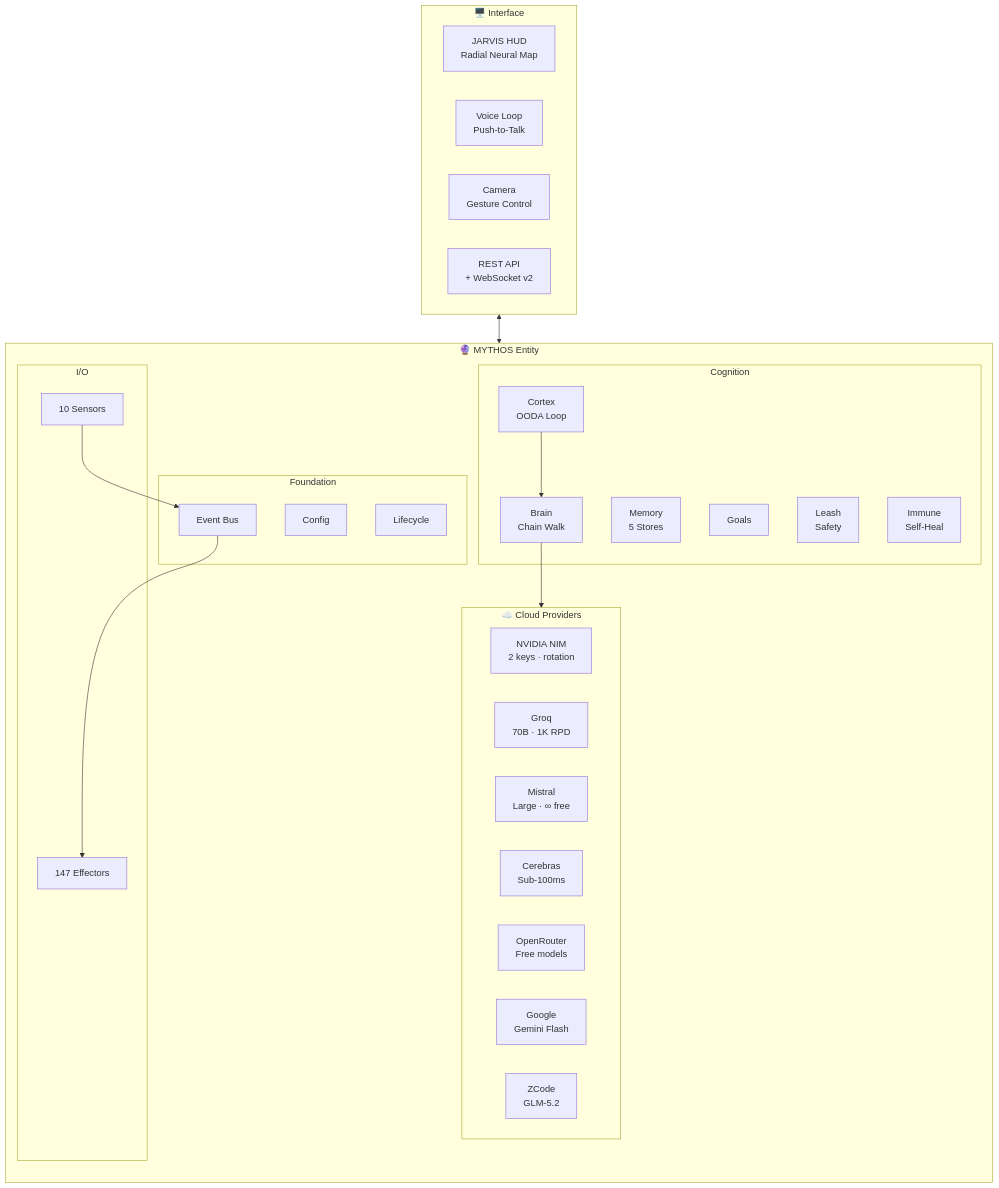
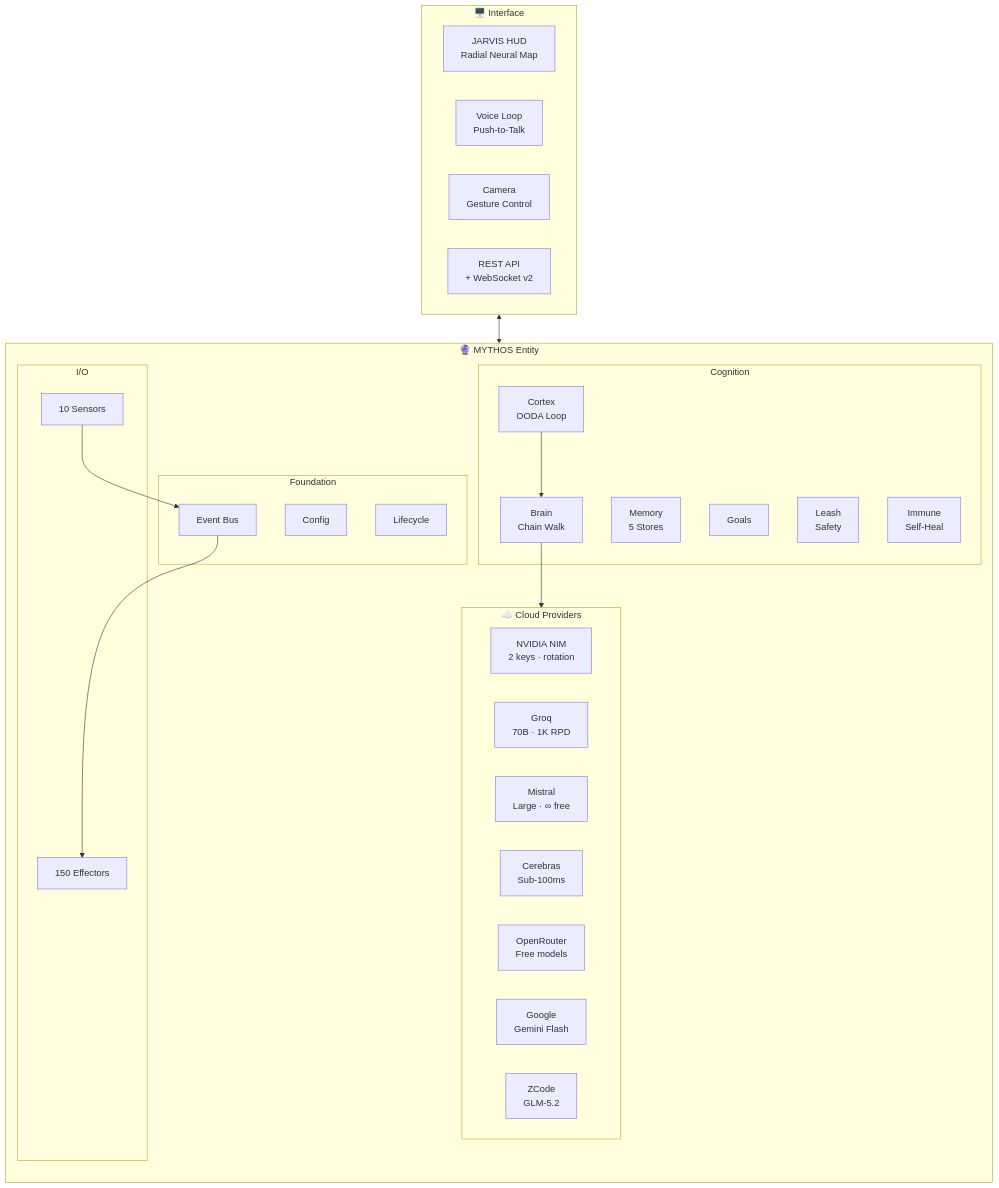
The first of 11 diagrams in README.md (HailLucifer666/Agent_OS), drawn with Mermaid before and after one commit. The commit also changed other lines of this file and 12 other files, not shown here.

````diff
--- a/README.md
+++ b/README.md
@@ -48,45 +48,45 @@
 ```mermaid
 flowchart TB
     subgraph Cloud["☁️ Cloud Providers"]
         direction LR
         NIM["NVIDIA NIM<br/>2 keys · rotation"]
         GQ["Groq<br/>70B · 1K RPD"]
         MI["Mistral<br/>Large · ∞ free"]
         CE["Cerebras<br/>Sub-100ms"]
         OR["OpenRouter<br/>Free models"]
         GOOG["Google<br/>Gemini Flash"]
         ZC["ZCode<br/>GLM-5.2"]
     end
 
     subgraph MYTHOS["🔮 MYTHOS Entity"]
         direction TB
         subgraph Foundation["Foundation"]
             CFG["Config"]
             BUS["Event Bus"]
             LIFE["Lifecycle"]
         end
         subgraph Cognition["Cognition"]
             CORT["Cortex<br/>OODA Loop"]
             BRN["Brain<br/>Chain Walk"]
             MEM["Memory<br/>5 Stores"]
             GOAL["Goals"]
             LEASH["Leash<br/>Safety"]
             IMM["Immune<br/>Self-Heal"]
         end
         subgraph IOLayer["I/O"]
             SENS["10 Sensors"]
-            EFF["147 Effectors"]
+            EFF["150 Effectors"]
         end
         CORT --> BRN --> Cloud
         SENS --> BUS --> EFF
     end
 
     subgraph Interface["🖥️ Interface"]
         HUD["JARVIS HUD<br/>Radial Neural Map"]
         VOICE["Voice Loop<br/>Push-to-Talk"]
         CAM["Camera<br/>Gesture Control"]
         API["REST API<br/>+ WebSocket v2"]
     end
 
     Interface <--> MYTHOS
 ```
````
